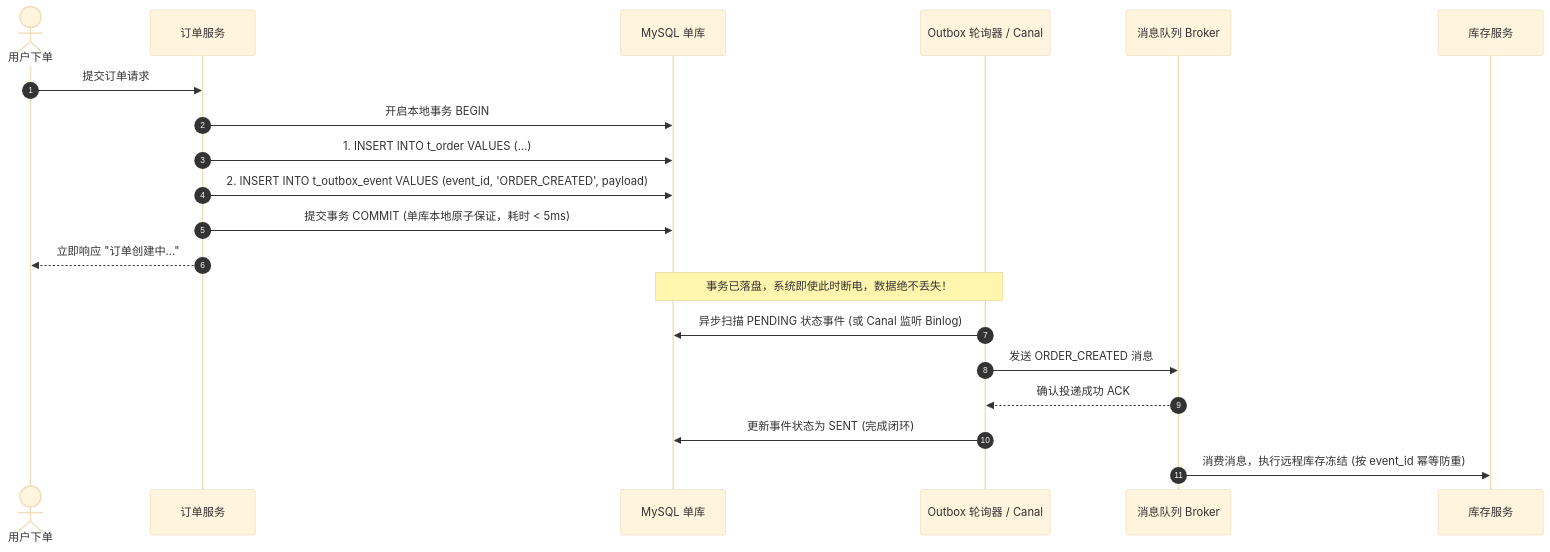
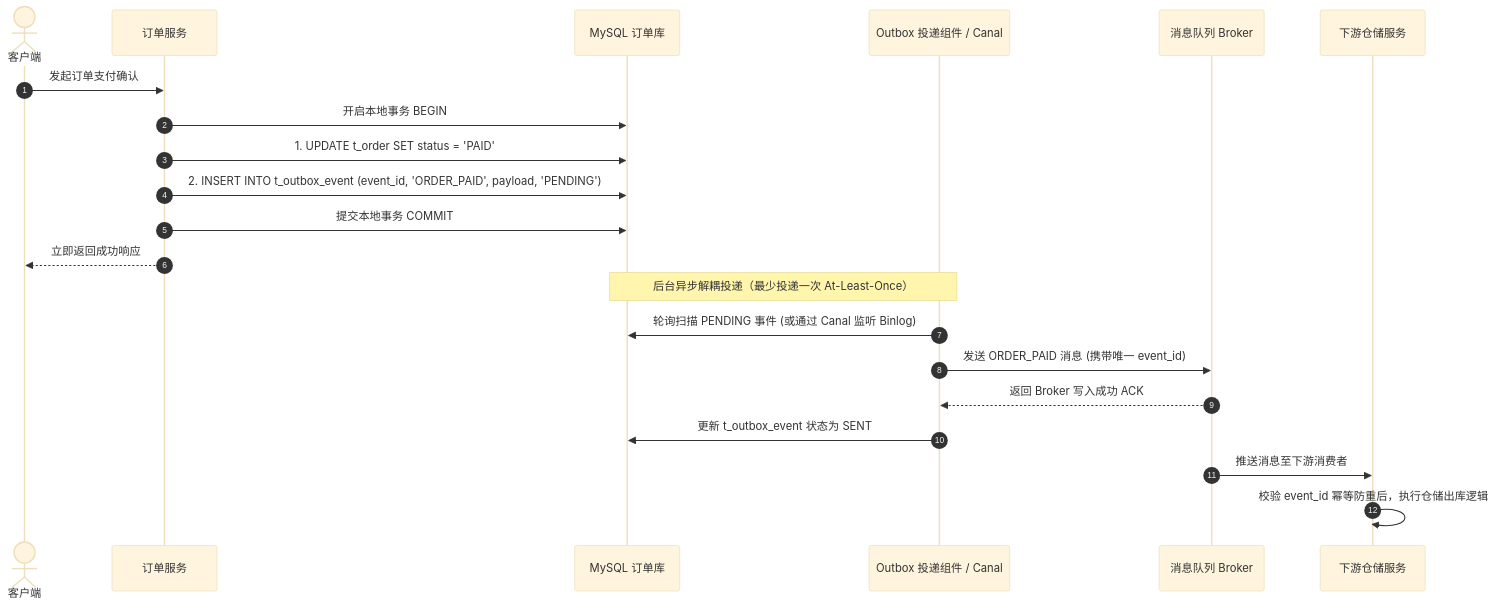
Before and after one commit to GuoWWWX/knowledge-base: the second of 3 diagrams in 20-Java后端/10-知识串联与专题/04-从Spring事务到分布式一致性.md, drawn with Mermaid (base theme). The commit also changed other lines of this file and 251 other files, not shown here.

````diff
--- a/20-Java后端/10-知识串联与专题/04-从Spring事务到分布式一致性.md
+++ b/20-Java后端/10-知识串联与专题/04-从Spring事务到分布式一致性.md
@@ -87,25 +96,26 @@
 ```mermaid
 sequenceDiagram
     autonumber
-    actor User as 用户下单
+    actor User as 客户端
     participant OrderSvc as 订单服务
-    participant DB as MySQL 单库
-    participant Relay as Outbox 轮询器 / Canal
+    participant DB as MySQL 订单库
+    participant Relay as Outbox 投递组件 / Canal
     participant MQ as 消息队列 Broker
-    participant StockSvc as 库存服务
+    participant StockSvc as 下游仓储服务
 
-    User->>OrderSvc: 提交订单请求
+    User->>OrderSvc: 发起订单支付确认
     OrderSvc->>DB: 开启本地事务 BEGIN
-    OrderSvc->>DB: 1. INSERT INTO t_order VALUES (...)
-    OrderSvc->>DB: 2. INSERT INTO t_outbox_event VALUES (event_id, 'ORDER_CREATED', payload)
-    OrderSvc->>DB: 提交事务 COMMIT (单库本地原子保证，耗时 < 5ms)
-    OrderSvc-->>User: 立即响应 "订单创建中..."
+    OrderSvc->>DB: 1. UPDATE t_order SET status = 'PAID'
+    OrderSvc->>DB: 2. INSERT INTO t_outbox_event (event_id, 'ORDER_PAID', payload, 'PENDING')
+    OrderSvc->>DB: 提交本地事务 COMMIT
+    OrderSvc-->>User: 立即返回成功响应
 
-    Note over DB,Relay: 事务已落盘，系统即使此时断电，数据绝不丢失！
-    Relay->>DB: 异步扫描 PENDING 状态事件 (或 Canal 监听 Binlog)
-    Relay->>MQ: 发送 ORDER_CREATED 消息
-    MQ-->>Relay: 确认投递成功 ACK
-    Relay->>DB: 更新事件状态为 SENT (完成闭环)
-    
-    MQ->>StockSvc: 消费消息，执行远程库存冻结 (按 event_id 幂等防重)
+    Note over DB,Relay: 后台异步解耦投递（最少投递一次 At-Least-Once）
+    Relay->>DB: 轮询扫描 PENDING 事件 (或通过 Canal 监听 Binlog)
+    Relay->>MQ: 发送 ORDER_PAID 消息 (携带唯一 event_id)
+    MQ-->>Relay: 返回 Broker 写入成功 ACK
+    Relay->>DB: 更新 t_outbox_event 状态为 SENT
+
+    MQ->>StockSvc: 推送消息至下游消费者
+    StockSvc->>StockSvc: 校验 event_id 幂等防重后，执行仓储出库逻辑
 ```
````
